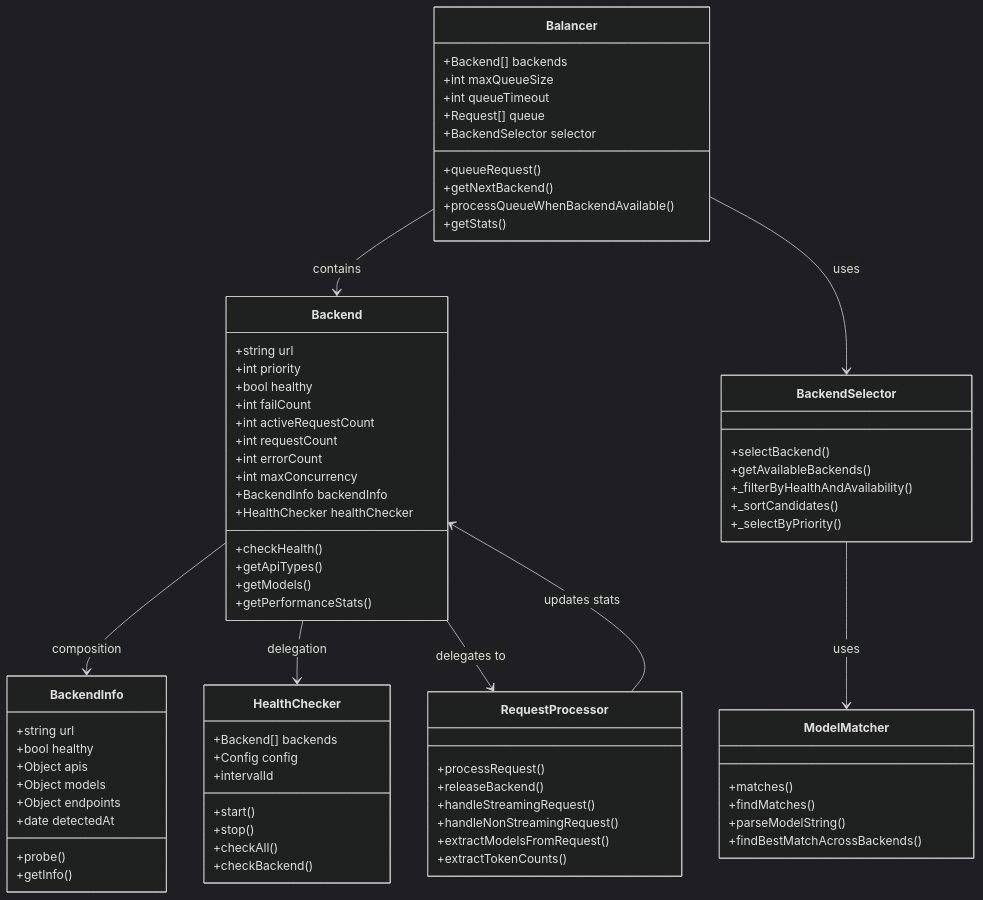
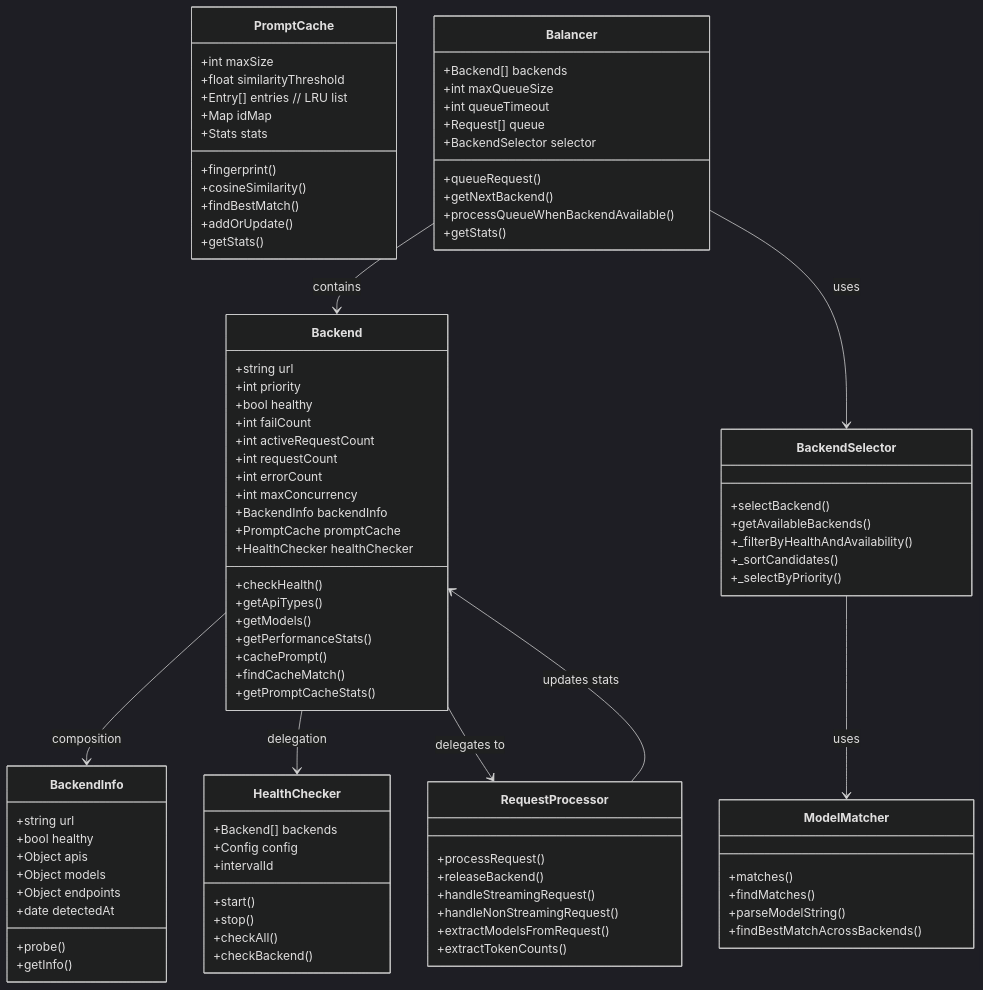
Before and after one commit to Schafer-List-Systems/llm_balancer: the seventh of 10 diagrams in docs/developer/DATA_FLOW.md, drawn with Mermaid (dark theme). The commit also changed other lines of this file and 1 other file, not shown here.

First line of the commit message:
feat: replace debug request tracking with prompt cache statistics

```diff
--- a/docs/developer/DATA_FLOW.md
+++ b/docs/developer/DATA_FLOW.md
@@ -412,11 +414,28 @@
         +int errorCount
         +int maxConcurrency
         +BackendInfo backendInfo
+        +PromptCache promptCache
         +HealthChecker healthChecker
         +checkHealth()
         +getApiTypes()
         +getModels()
         +getPerformanceStats()
+        +cachePrompt()
+        +findCacheMatch()
+        +getPromptCacheStats()
+    }
+
+    class PromptCache {
+        +int maxSize
+        +float similarityThreshold
+        +Entry[] entries  // LRU list
+        +Map idMap
+        +Stats stats
+        +fingerprint()
+        +cosineSimilarity()
+        +findBestMatch()
+        +addOrUpdate()
+        +getStats()
     }
 
     class BackendInfo {
```
